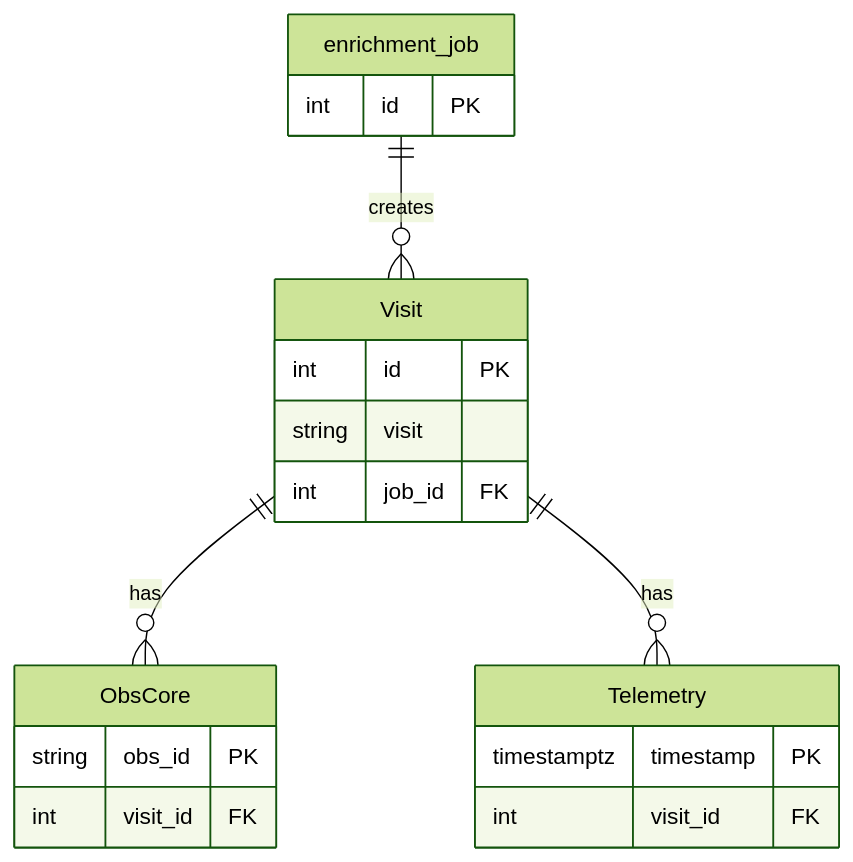
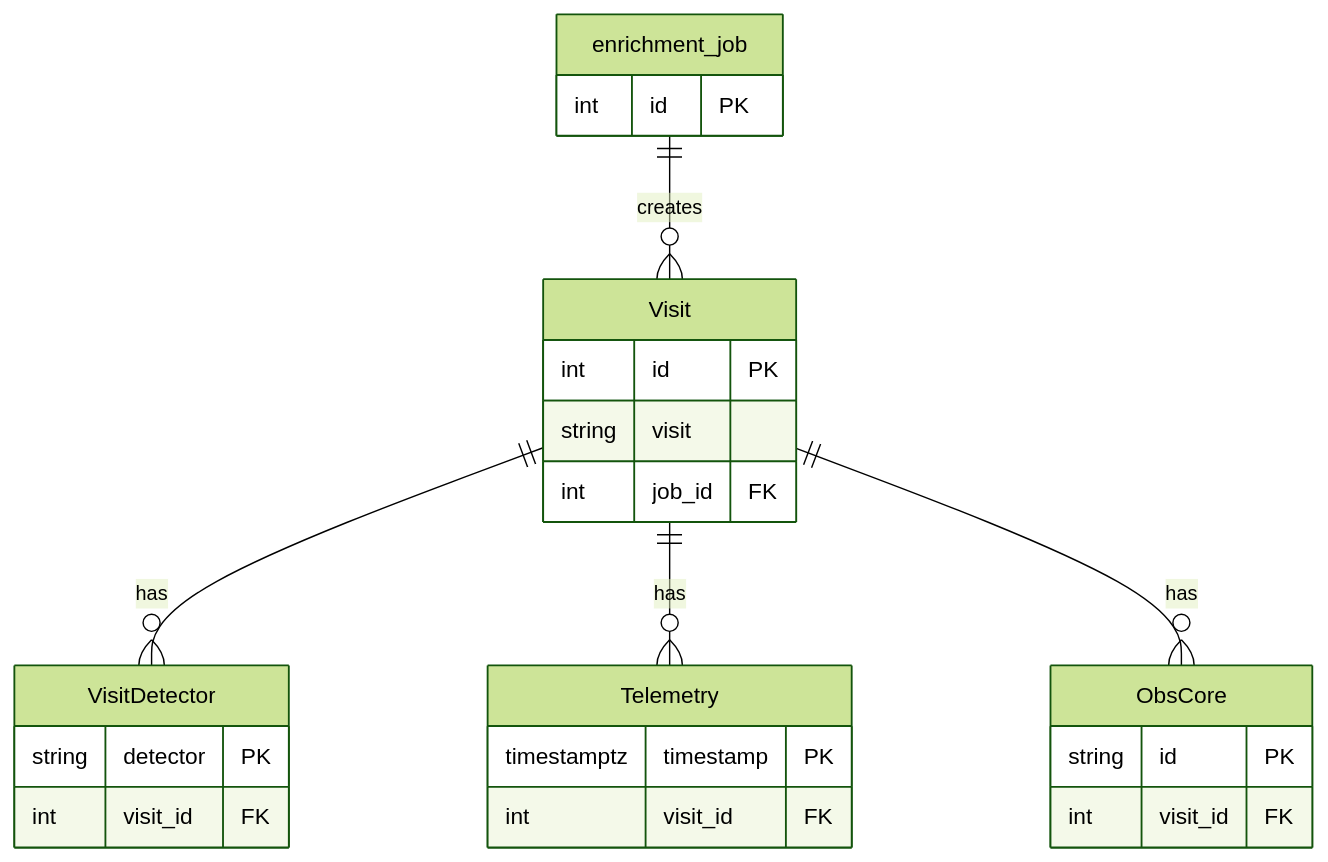
Before and after one commit to lsst-sqre/sqr-115: the second of 6 diagrams in index.rst, drawn with Mermaid (forest theme). The commit also changed other lines of this file and 2 other files, not shown here.

Commit message:
Describe Visit and VisitDetector tables

```diff
--- a/index.rst
+++ b/index.rst
@@ -101,27 +101,33 @@
 .. mermaid::
    :caption: Simplified diagram of the ObsDB data model
 
    erDiagram
       enrichment_job ||--o{ Visit : creates
+      Visit ||--o{ VisitDetector : has
+      Visit ||--o{ Telemetry : has
       Visit ||--o{ ObsCore : has
-      Visit ||--o{ Telemetry : has
 
       enrichment_job {
           int id PK
       }
 
       Visit {
           int id PK
           string visit
           int job_id FK
       }
 
-      ObsCore {
-          string obs_id PK
+      VisitDetector {
+          string detector PK
           int visit_id FK
       }
 
       Telemetry {
           timestamptz timestamp PK
           int visit_id FK
       }
+
+      ObsCore {
+          string id PK
+          int visit_id FK
+      }
```
